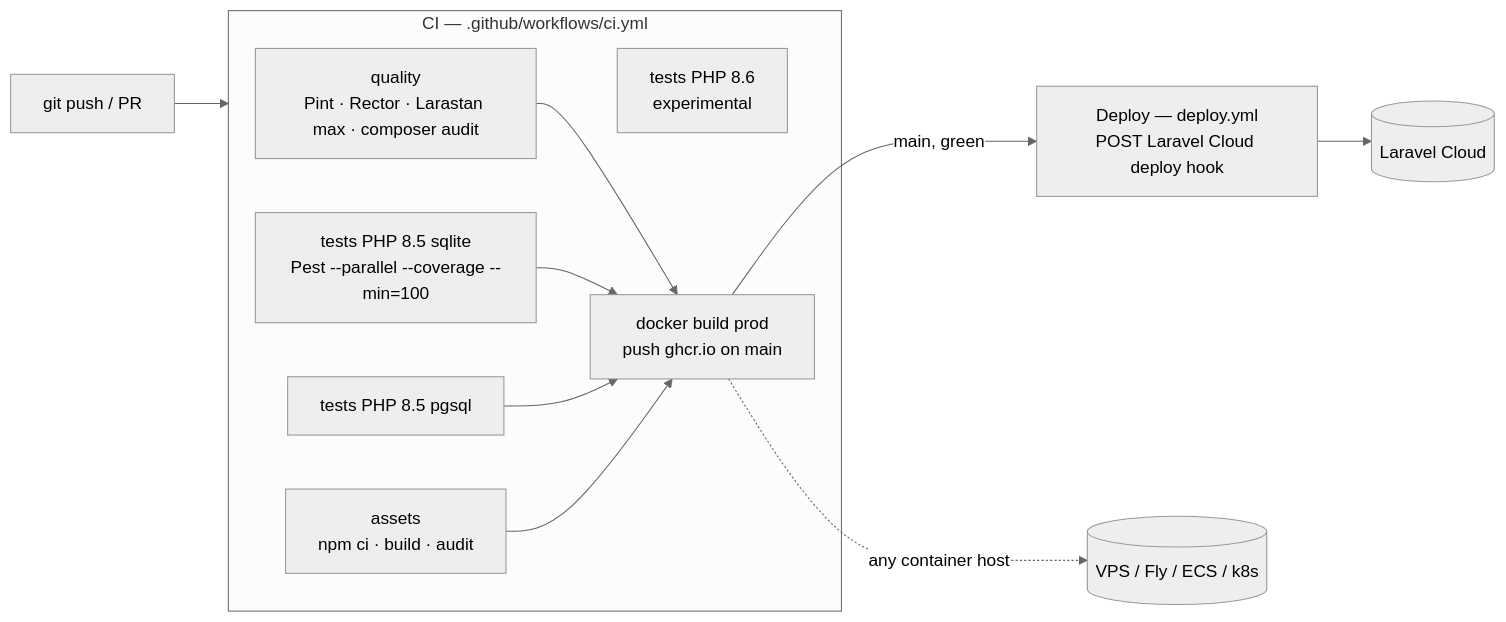
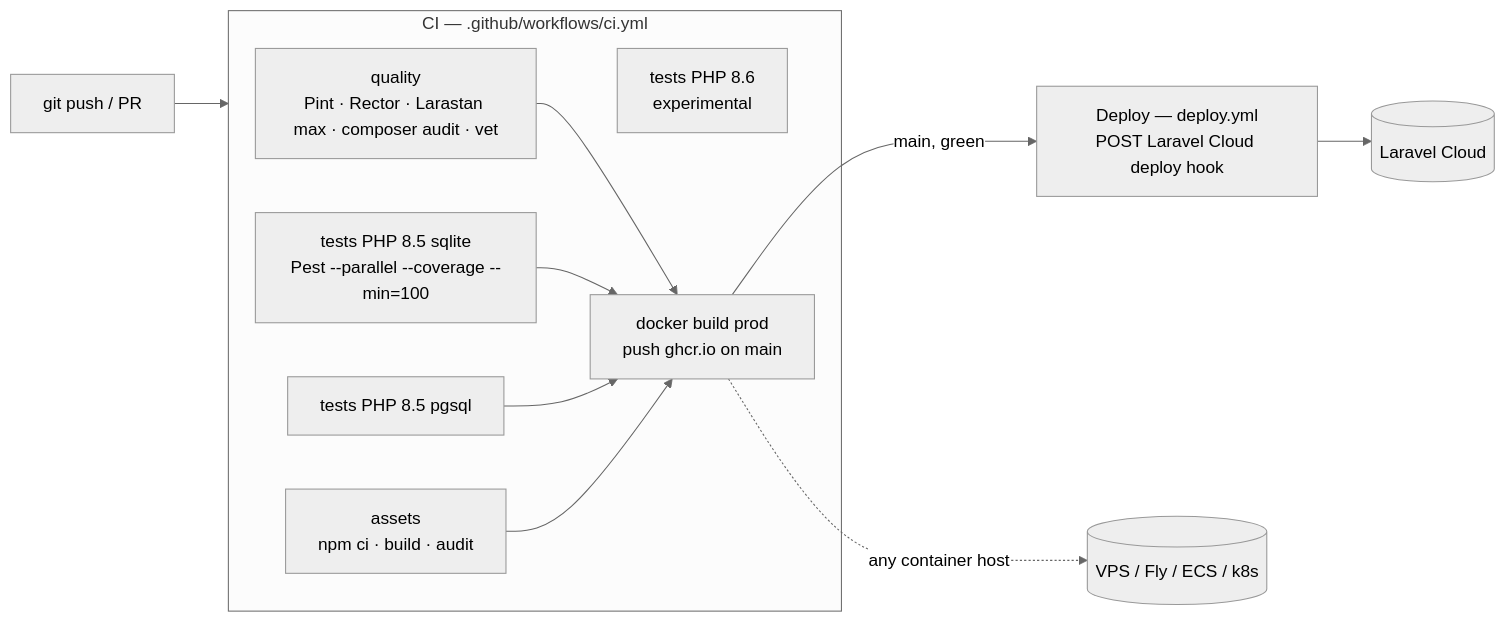
Before and after one commit to gragerdsouza/gragerdsouza: the fifth of 5 diagrams in docs/ARCHITECTURE.md, drawn with Mermaid (neutral theme). The commit also changed 6 other files, not shown here.

````diff
--- a/docs/ARCHITECTURE.md
+++ b/docs/ARCHITECTURE.md
@@ -168,17 +168,17 @@
 ```mermaid
 flowchart LR
     dev[git push / PR] --> ci
 
     subgraph ci["CI — .github/workflows/ci.yml"]
-        q[quality<br/>Pint · Rector · Larastan max · composer audit]
+        q[quality<br/>Pint · Rector · Larastan max · composer audit · vet]
         t1[tests PHP 8.5 sqlite<br/>Pest --parallel --coverage --min=100]
         t2[tests PHP 8.5 pgsql]
         t3[tests PHP 8.6<br/>experimental]
         fe[assets<br/>npm ci · build · audit]
         q & t1 & t2 & fe --> img[docker build prod<br/>push ghcr.io on main]
     end
 
     img -->|main, green| dep["Deploy — deploy.yml<br/>POST Laravel Cloud deploy hook"]
     dep --> cloud[(Laravel Cloud)]
     img -.->|any container host| other[(VPS / Fly / ECS / k8s)]
 ```
````
